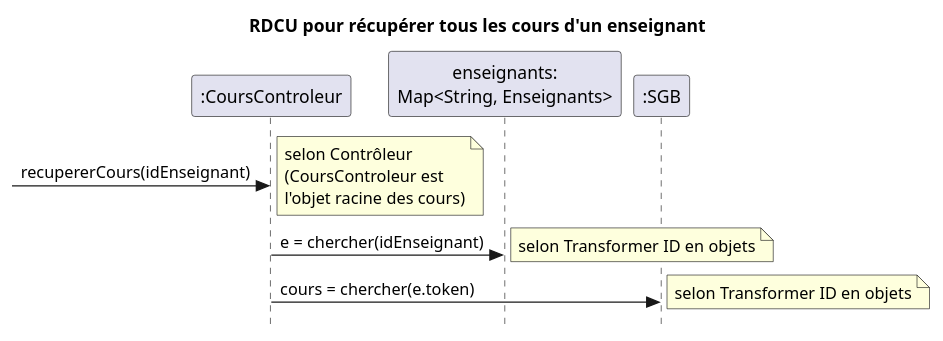
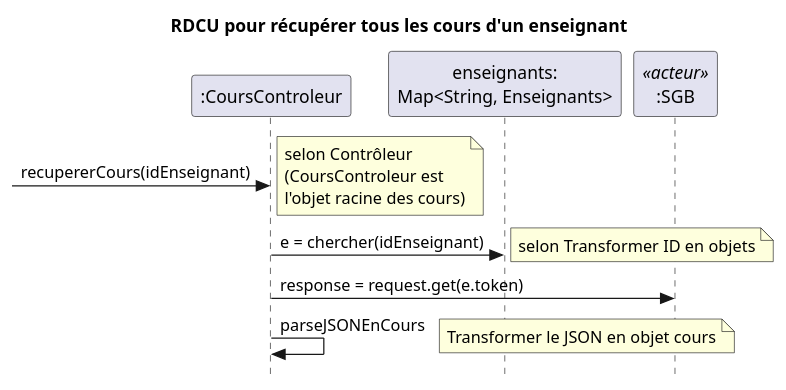
One commit to nerdz88/SGA-TS changed the diagram in docs/rdcu-recupererTouslesCours.puml. Above: the diagram before and after it, drawn with PlantUML.

Commit message:
GetAll cours - SGB en service acteur externe

```diff
--- a/docs/rdcu-recupererTouslesCours.puml
+++ b/docs/rdcu-recupererTouslesCours.puml
@@ -1,18 +1,20 @@
 @startuml 
 skinparam style strictuml
 skinparam defaultfontname Verdana
 title RDCU pour récupérer tous les cours d'un enseignant
 participant ":CoursControleur" as coursControleur
 
 ->coursControleur : recupererCours(idEnseignant)
 note right : selon Contrôleur\n(CoursControleur est\nl'objet racine des cours)
 participant "enseignants:\nMap<String, Enseignants>" as CollectionEnseignants
 coursControleur -> CollectionEnseignants : e = chercher(idEnseignant) 
 note right : selon Transformer ID en objets
 'TODO - SGB ici mais je ne suis pas sure sion on peut mettre une Map
-participant ":SGB" as sgb
-coursControleur -> sgb : cours = chercher(e.token)
-note right : selon Transformer ID en objets
-'TODO ecq je dois mettre un retour?
+participant ":SGB" as sgb << acteur >>
+'TODO je ne sais pas comment mettre la note en haut du participant
+'rnote over sgb: Service Acteur externe 
+coursControleur -> sgb : response = request.get(e.token)
+coursControleur -> coursControleur : parseJSONEnCours 
+note right: Transformer le JSON en objet cours
 
 @enduml
```
